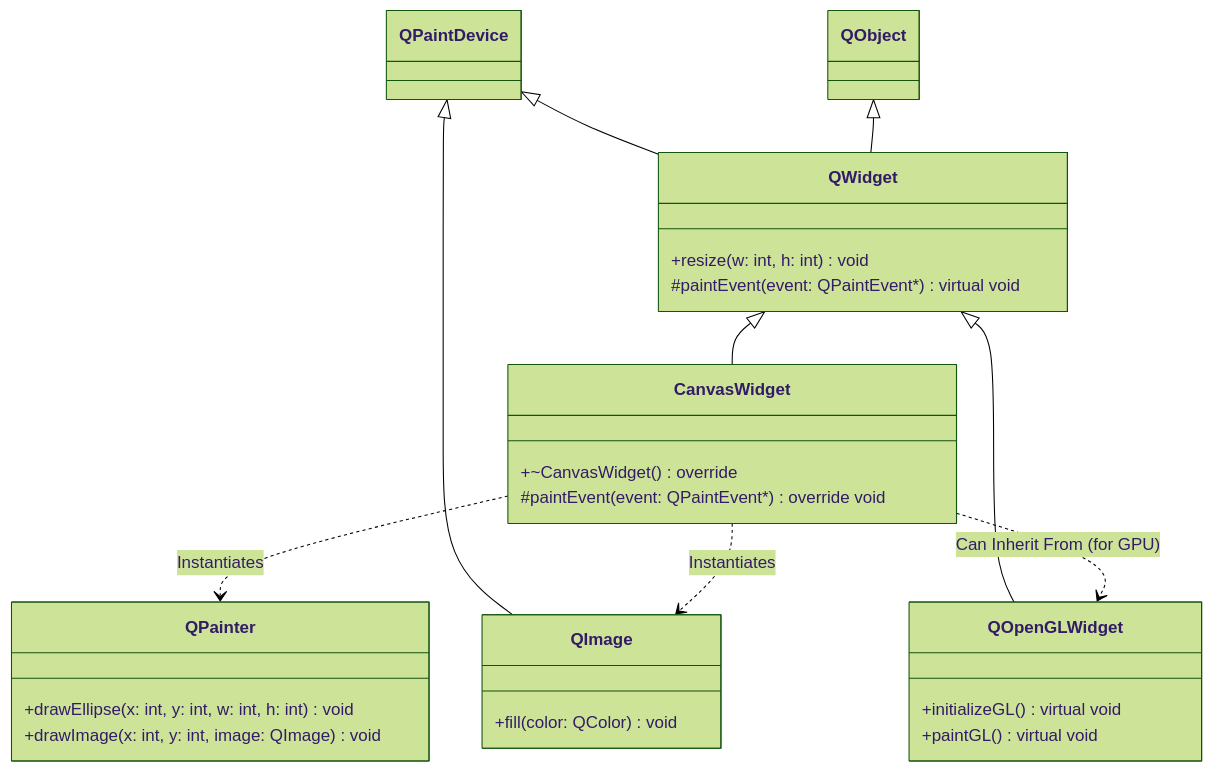
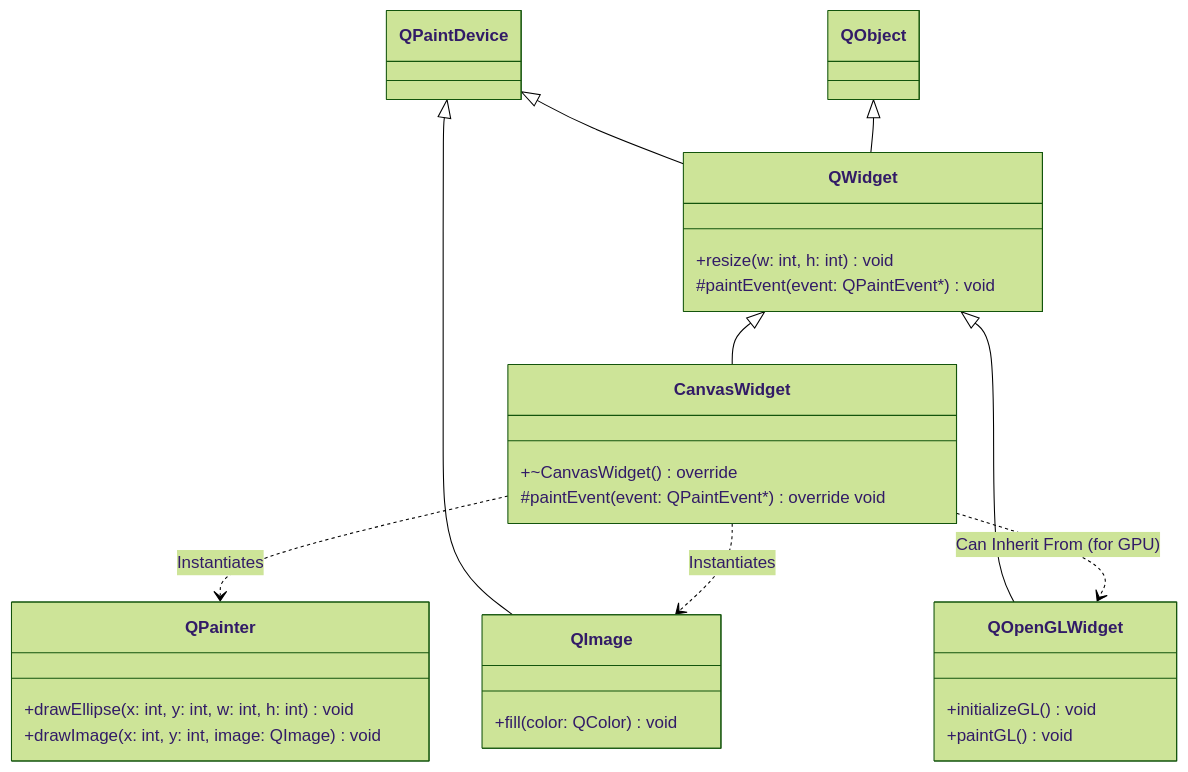
Diagram 38 of 41 in docs/listOfProjects.md (Mallikarjuna00G/qPainterLearning_001), drawn with Mermaid (forest theme) before and after one commit. The commit also changed other lines of this file, not shown here.

Commit message:
docs: Fix mermaid syntax error for virtual void return types

````diff
--- a/docs/listOfProjects.md
+++ b/docs/listOfProjects.md
@@ -1993,36 +1993,36 @@
 ```mermaid
 classDiagram
     QPaintDevice <|-- QWidget
     QPaintDevice <|-- QImage
     QObject <|-- QWidget
     QWidget <|-- CanvasWidget
     QWidget <|-- QOpenGLWidget
     
     class QWidget {
         +resize(w: int, h: int) void
-        #paintEvent(event: QPaintEvent*) virtual void
+        #paintEvent(event: QPaintEvent*) void
     }
     
     class QOpenGLWidget {
-        +initializeGL() virtual void
-        +paintGL() virtual void
+        +initializeGL() void
+        +paintGL() void
     }
     
     class CanvasWidget {
         +~CanvasWidget() override
         #paintEvent(event: QPaintEvent*) override void
     }
     
     class QPainter {
         +drawEllipse(x: int, y: int, w: int, h: int) void
         +drawImage(x: int, y: int, image: QImage) void
     }
     
     class QImage {
         +fill(color: QColor) void
     }
     
     CanvasWidget ..> QPainter : Instantiates
     CanvasWidget ..> QImage : Instantiates
     CanvasWidget ..> QOpenGLWidget : Can Inherit From (for GPU)
 ```
````
